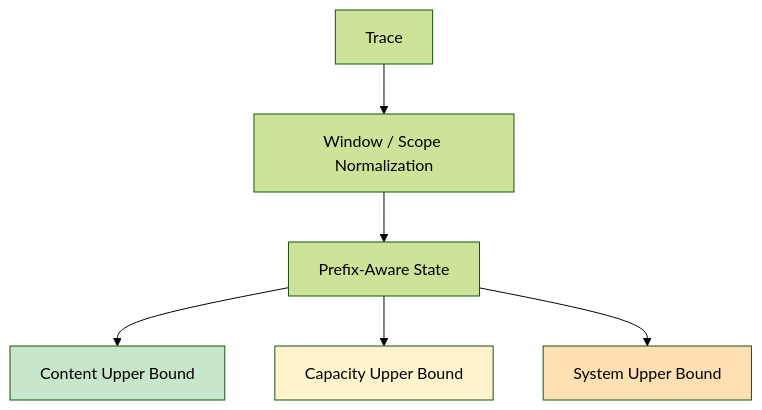
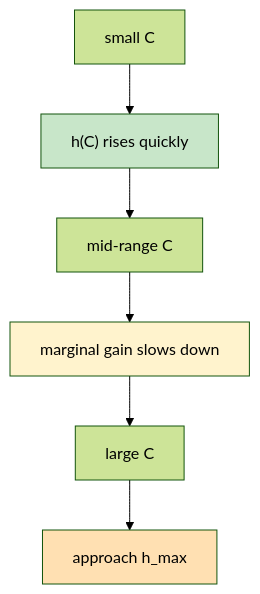
Before and after one commit to openanolis/kvcache-calculator: the second of 2 diagrams in docs/four_layer_model.md, drawn with Mermaid (forest theme). The commit also changed other lines of this file and 3 other files, not shown here.

````diff
--- a/docs/four_layer_model.md
+++ b/docs/four_layer_model.md
@@ -92,12 +95,12 @@
 ```mermaid
-graph TB
-    A["Trace"] --> B["Window / Scope Normalization"]
-    B --> C["Prefix-Aware State"]
-    C --> D["Content Upper Bound"]
-    C --> E["Capacity Upper Bound"]
-    C --> F["System Upper Bound"]
+flowchart TD
+    A["small C"] --> B["h(C) rises quickly"]
+    B --> C["mid-range C"]
+    C --> D["marginal gain slows down"]
+    D --> E["large C"]
+    E --> F["approach h_max"]
 
-    style D fill:#c8e6c9
-    style E fill:#fff3cd
+    style B fill:#c8e6c9
+    style D fill:#fff3cd
     style F fill:#ffe0b2
 ```
````
